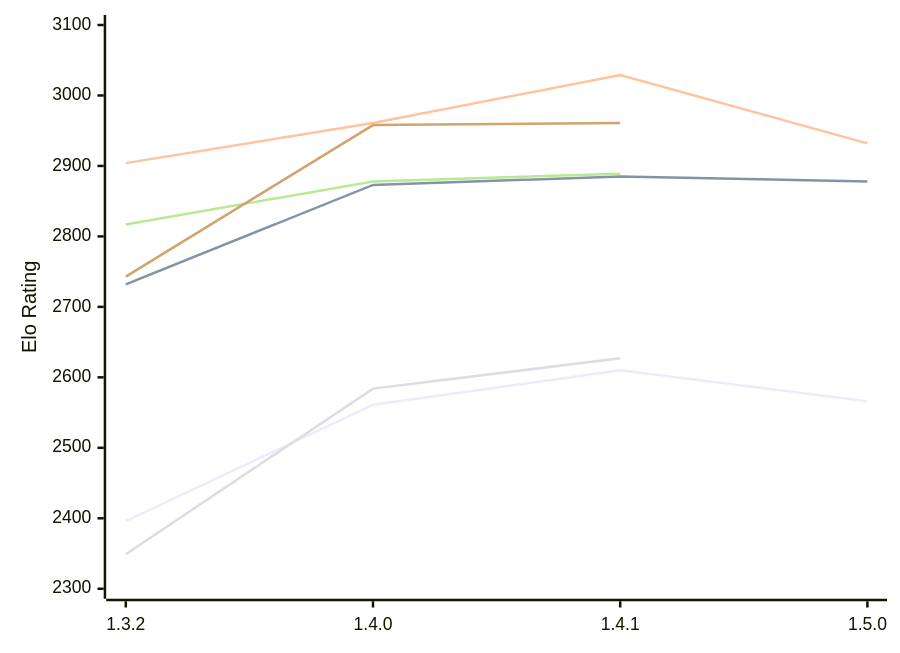
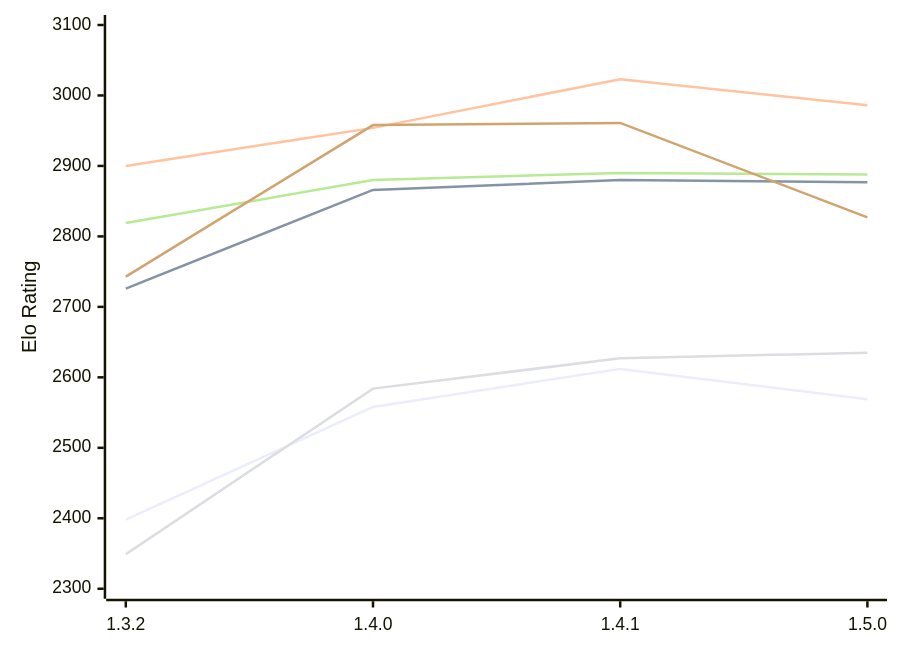
Before and after one commit to computer-chess-index/cci: the diagram in engines/Maharajah.md, drawn with Mermaid. The commit also changed other lines of this file, not shown here.

Commit message:
Update CCI Ratings (ELO VLTC) - 2026-11-26

````diff
--- a/engines/Maharajah.md
+++ b/engines/Maharajah.md
@@ -52,12 +53,12 @@
 ```mermaid
 %%{init: {"theme":"base","themeVariables":{"seriesColors:['#a3a3a3','#222221','#faa371']}}}%%
 xychart-beta
   x-axis ["1.3.2", "1.4.0", "1.4.1", "1.5.0"]
   y-axis "Elo Rating" 2300 --> 3100
-  line "E1: STC (8.0+0.08s)" [2396, 2561, 2610, 2566]
-  line "E1: LTC (60.0+0.60s)" [2732, 2873, 2885, 2878]
-  line "E1: VLTC (2m24s+1.12s)" [2904, 2961, 3029, 2932]
-  line "P1: STC (8.0+0.08s)" [2349, 2584, 2627]
-  line "P1: LTC (60.0+0.60s)" [2817, 2878, 2889]
-  line "P1: VLTC (2m24s+1.12s)" [2743, 2958, 2961]
+  line "E1: STC (8.0+0.08s)" [2398, 2558, 2612, 2569]
+  line "E1: LTC (60.0+0.60s)" [2726, 2866, 2880, 2877]
+  line "E1: VLTC (2m24s+1.12s)" [2900, 2954, 3023, 2986]
+  line "P1: STC (8.0+0.08s)" [2349, 2584, 2627, 2635]
+  line "P1: LTC (60.0+0.60s)" [2819, 2880, 2890, 2888]
+  line "P1: VLTC (2m24s+1.12s)" [2743, 2958, 2961, 2827]
 ```
````
